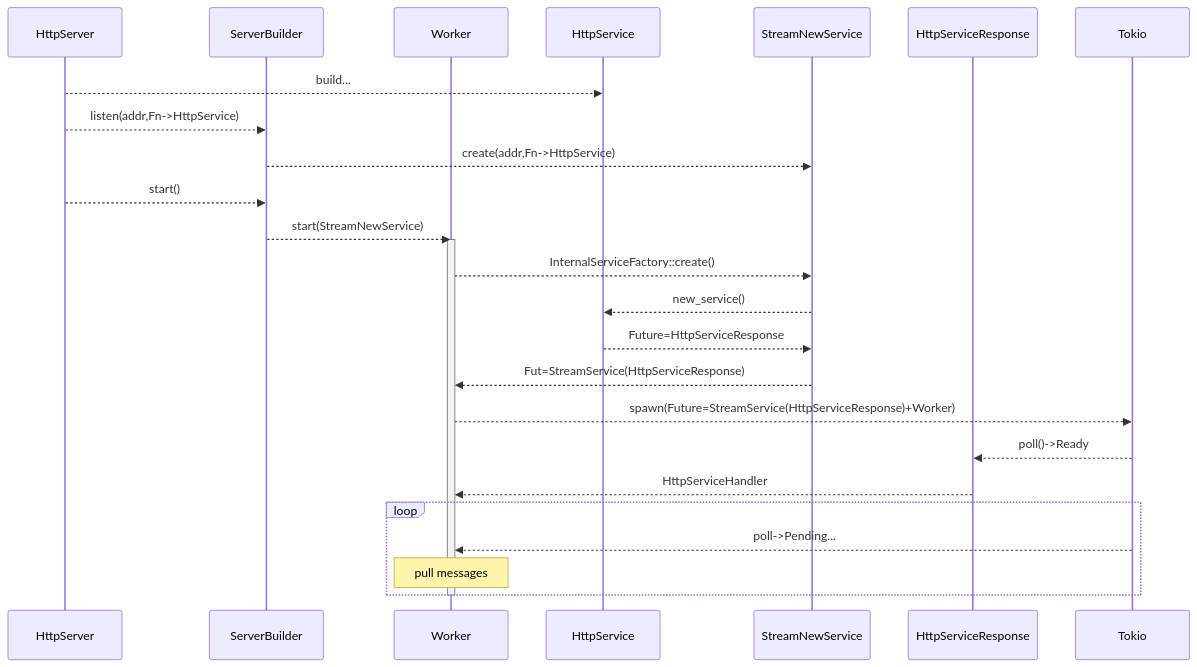
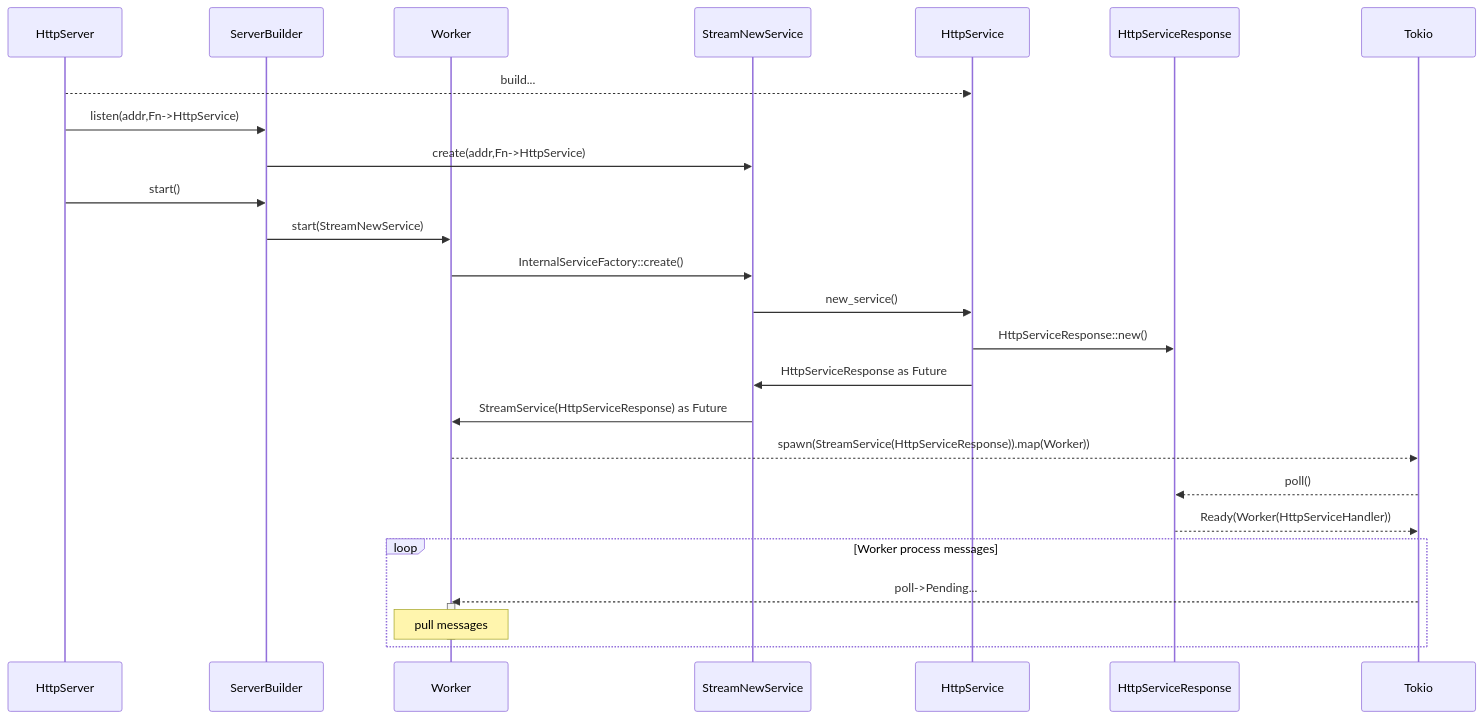
Before and after one commit to actix/actix-website: the diagram in static/img/diagrams/http_server.mmd, drawn with Mermaid. The commit also changed 13 other files, not shown here.

Commit message:
refine architecture diagrams, ready for review

```diff
--- a/static/img/diagrams/http_server.mmd
+++ b/static/img/diagrams/http_server.mmd
@@ -1,29 +1,32 @@
 sequenceDiagram
 
 participant HttpServer
 participant ServerBuilder
 participant Worker
+participant StreamNewService
 participant HttpService
-participant StreamNewService
 participant HttpServiceResponse
 participant Tokio
 
 
 HttpServer-->>HttpService: build...
-HttpServer-->>ServerBuilder: listen(addr,Fn->HttpService)
-ServerBuilder-->>StreamNewService: create(addr,Fn->HttpService)
-HttpServer-->>ServerBuilder: start()
-ServerBuilder-->>Worker: start(StreamNewService)
-activate Worker
-	Worker-->>StreamNewService: InternalServiceFactory::create()
-	StreamNewService-->>HttpService: new_service()
-	HttpService-->>StreamNewService: Future=HttpServiceResponse
-	StreamNewService-->>Worker: Fut=StreamService(HttpServiceResponse)
-	Worker-->>Tokio: spawn(Future=StreamService(HttpServiceResponse)+Worker)
-	Tokio-->>HttpServiceResponse: poll()->Ready
-	HttpServiceResponse-->>Worker: HttpServiceHandler
-	loop
-		Tokio-->>Worker: poll->Pending...
-		Note over Worker: pull messages
-	end
-deactivate Worker
+HttpServer->>ServerBuilder: listen(addr,Fn->HttpService)
+ServerBuilder->>StreamNewService: create(addr,Fn->HttpService)
+HttpServer->>ServerBuilder: start()
+ServerBuilder->>Worker: start(StreamNewService)
+
+Worker->>StreamNewService: InternalServiceFactory::create()
+StreamNewService->>HttpService: new_service()
+HttpService->>HttpServiceResponse: HttpServiceResponse::new()
+HttpService->>StreamNewService: HttpServiceResponse as Future
+StreamNewService->>Worker: StreamService(HttpServiceResponse) as Future
+Worker-->>Tokio: spawn(StreamService(HttpServiceResponse)).map(Worker))
+Tokio-->>HttpServiceResponse: poll()
+HttpServiceResponse-->>Tokio: Ready(Worker(HttpServiceHandler))
+
+loop Worker process messages
+	Tokio-->>Worker: poll->Pending...
+	activate Worker
+	Note over Worker: pull messages
+	deactivate Worker
+end
```
